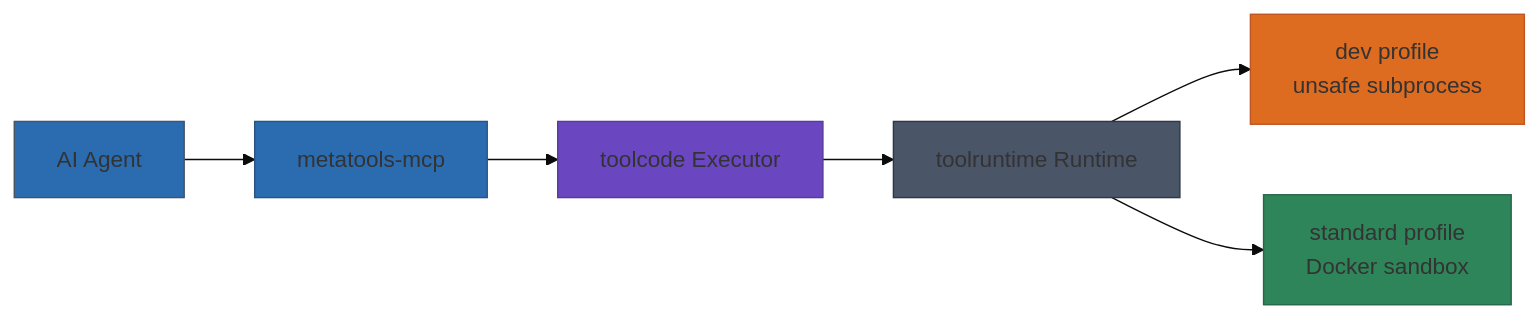
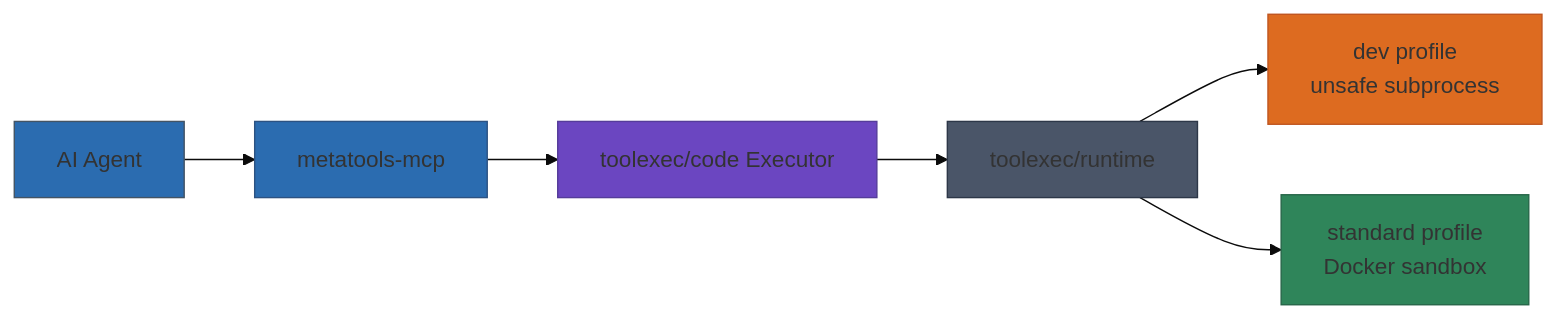
Before and after one commit to jonwraymond/metatools-mcp: the second of 2 diagrams in docs/architecture.md, drawn with Mermaid. The commit also changed 34 other files, not shown here.

Commit message:
docs(metatools-mcp): close PRD gaps and refresh diagrams

````diff
--- a/docs/architecture.md
+++ b/docs/architecture.md
@@ -69,16 +69,16 @@
 ```mermaid
 %%{init: {'theme': 'base', 'themeVariables': {'primaryColor': '#2b6cb0'}}}%%
 flowchart LR
     Agent["AI Agent"] --> MCP["metatools-mcp"]
-    MCP --> Toolcode["toolcode Executor"]
-    Toolcode --> Runtime["toolruntime Runtime"]
+    MCP --> Toolcode["toolexec/code Executor"]
+    Toolcode --> Runtime["toolexec/runtime"]
 
     Runtime --> Dev["dev profile<br/>unsafe subprocess"]
     Runtime --> Standard["standard profile<br/>Docker sandbox"]
 
     style MCP fill:#2b6cb0,stroke:#2c5282
     style Toolcode fill:#6b46c1,stroke:#553c9a
     style Runtime fill:#4a5568,stroke:#2d3748
     style Dev fill:#dd6b20,stroke:#c05621
     style Standard fill:#2f855a,stroke:#276749
 ```
````
